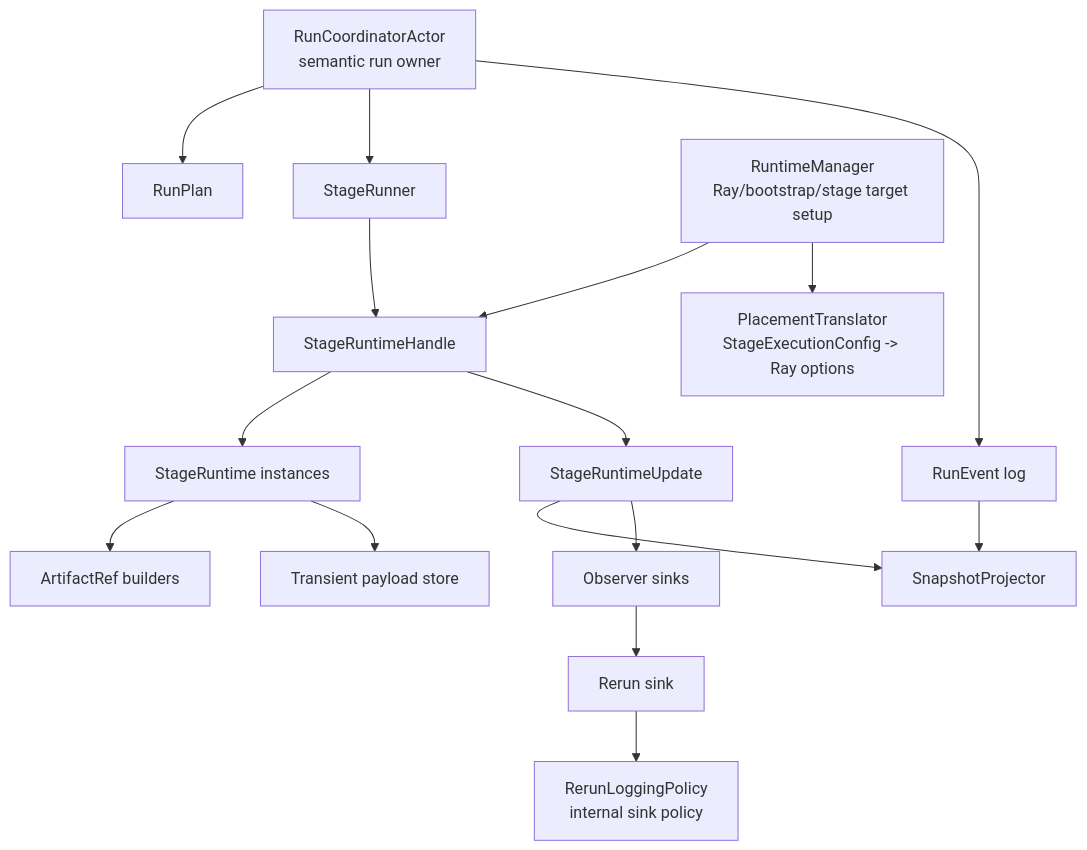
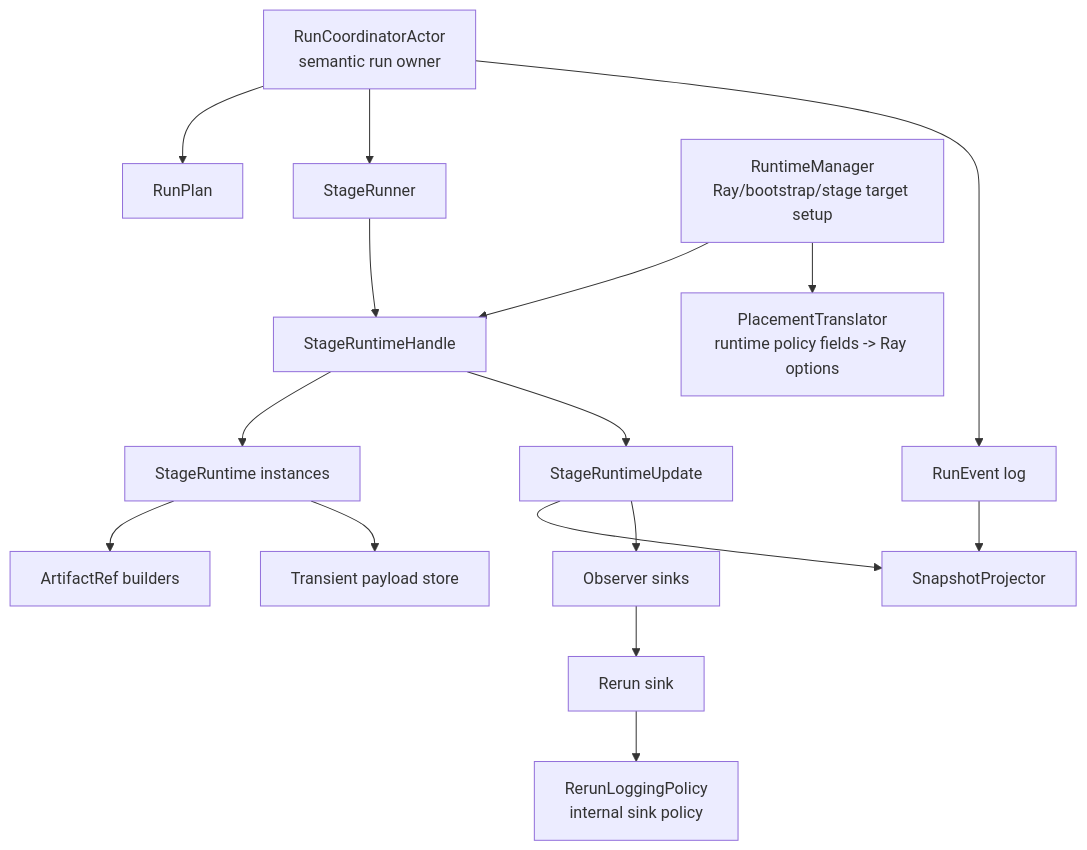
One commit to JanDuchscherer104/prml-vslam changed diagram 11 of 18 in docs/architecture/pipeline-stage-refactor-target.md. Above: the diagram before and after it, drawn with Mermaid. The commit also changed other lines of this file and 65 other files, not shown here.

Commit message:
refactor(pipeline): simplify stage config and cache surface

````diff
--- a/docs/architecture/pipeline-stage-refactor-target.md
+++ b/docs/architecture/pipeline-stage-refactor-target.md
@@ -1038,36 +1038,36 @@
 ```mermaid
 flowchart TB
     Coordinator["RunCoordinatorActor<br/>semantic run owner"]
     Plan["RunPlan"]
     Runner["StageRunner"]
     RuntimeProxy["StageRuntimeHandle"]
     StageRuntime["StageRuntime instances"]
     Updates["StageRuntimeUpdate"]
     ObserverSinks["Observer sinks"]
     RerunSink["Rerun sink"]
     Events["RunEvent log"]
     Projector["SnapshotProjector"]
 
     RuntimeManager["RuntimeManager<br/>Ray/bootstrap/stage target setup"]
-    Placement["PlacementTranslator<br/>StageExecutionConfig -> Ray options"]
+    Placement["PlacementTranslator<br/>runtime policy fields -> Ray options"]
     ArtifactMapper["ArtifactRef builders"]
     RerunPolicy["RerunLoggingPolicy<br/>internal sink policy"]
     PayloadStore["Transient payload store"]
 
     Coordinator --> Plan
     Coordinator --> Runner
     Runner --> RuntimeProxy
     RuntimeProxy --> StageRuntime
     Coordinator --> Events
     Events --> Projector
     RuntimeProxy --> Updates
     Updates --> Projector
     Updates --> ObserverSinks
     ObserverSinks --> RerunSink
     RerunSink --> RerunPolicy
 
     RuntimeManager --> RuntimeProxy
     RuntimeManager --> Placement
     StageRuntime --> ArtifactMapper
     StageRuntime --> PayloadStore
 ```
````
